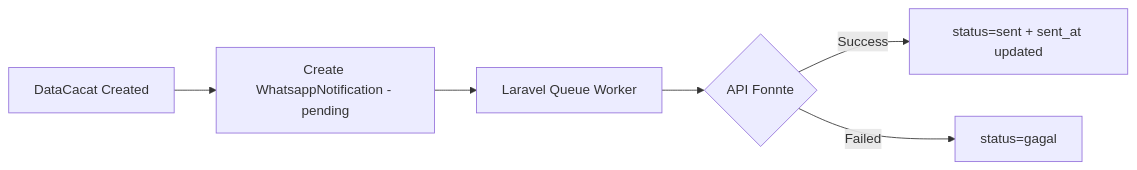
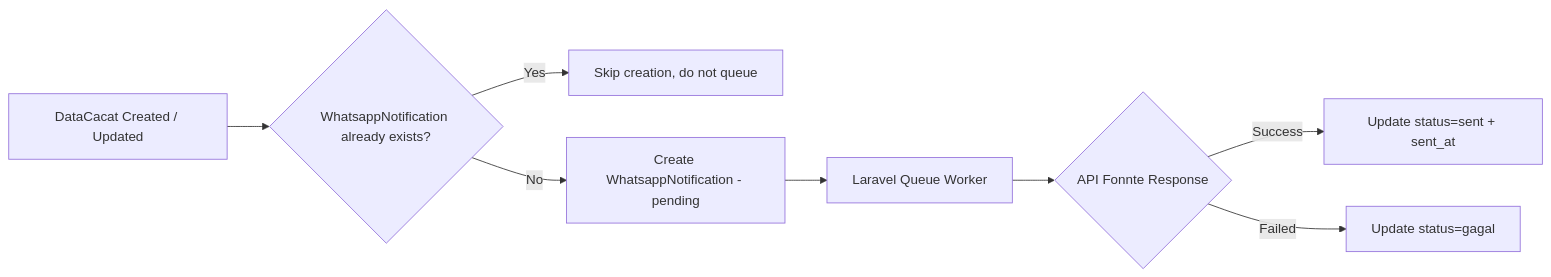
One commit to collegeid/quetzal_nova changed the diagram in README.md. Above: the diagram before and after it, drawn with Mermaid.

````diff
--- a/README.md
+++ b/README.md
@@ -195,8 +195,10 @@
 ```mermaid
 flowchart LR
-A[DataCacat Created] --> B[Create WhatsappNotification - pending]
-B --> C[Laravel Queue Worker]
-C --> D{API Fonnte}
-D -->|Success| E[status=sent + sent_at updated]
-D -->|Failed| F[status=gagal]
+A[DataCacat Created / Updated] --> B{WhatsappNotification already exists?}
+B -->|Yes| C[Skip creation, do not queue]
+B -->|No| D[Create WhatsappNotification - pending]
+D --> E[Laravel Queue Worker]
+E --> F{API Fonnte Response}
+F -->|Success| G[Update status=sent + sent_at]
+F -->|Failed| H[Update status=gagal]
 ```
````
